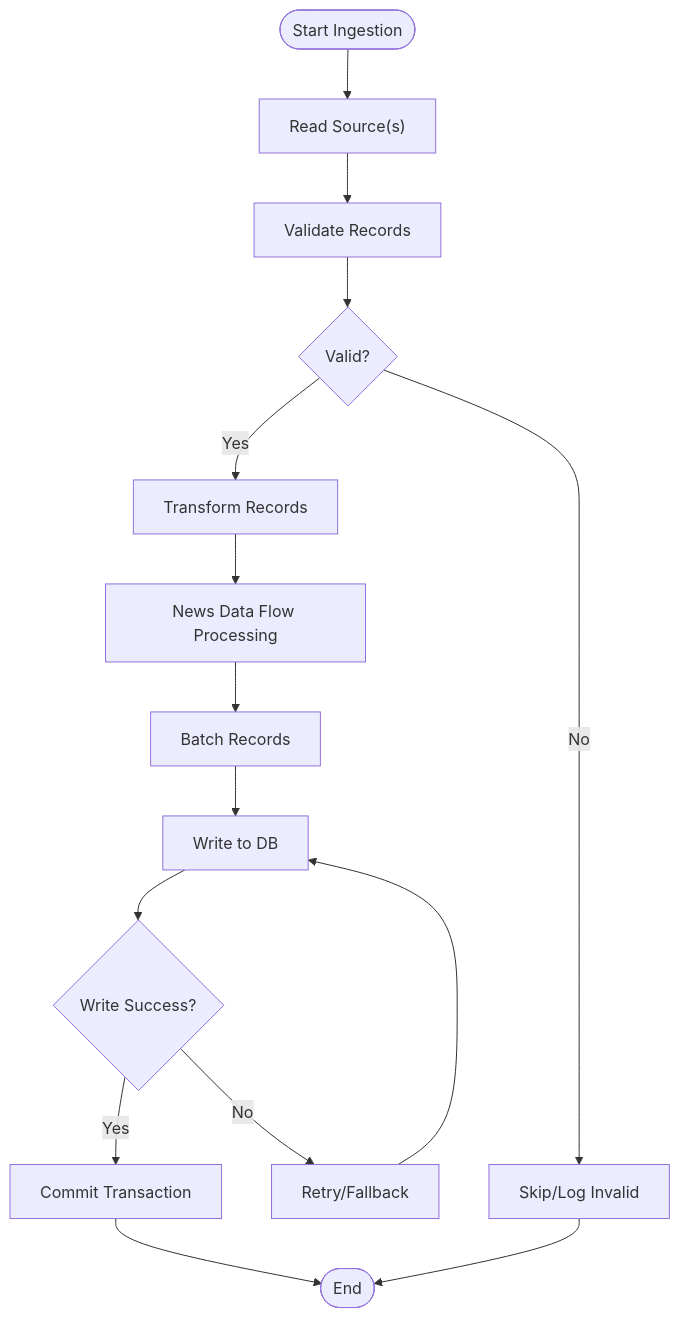
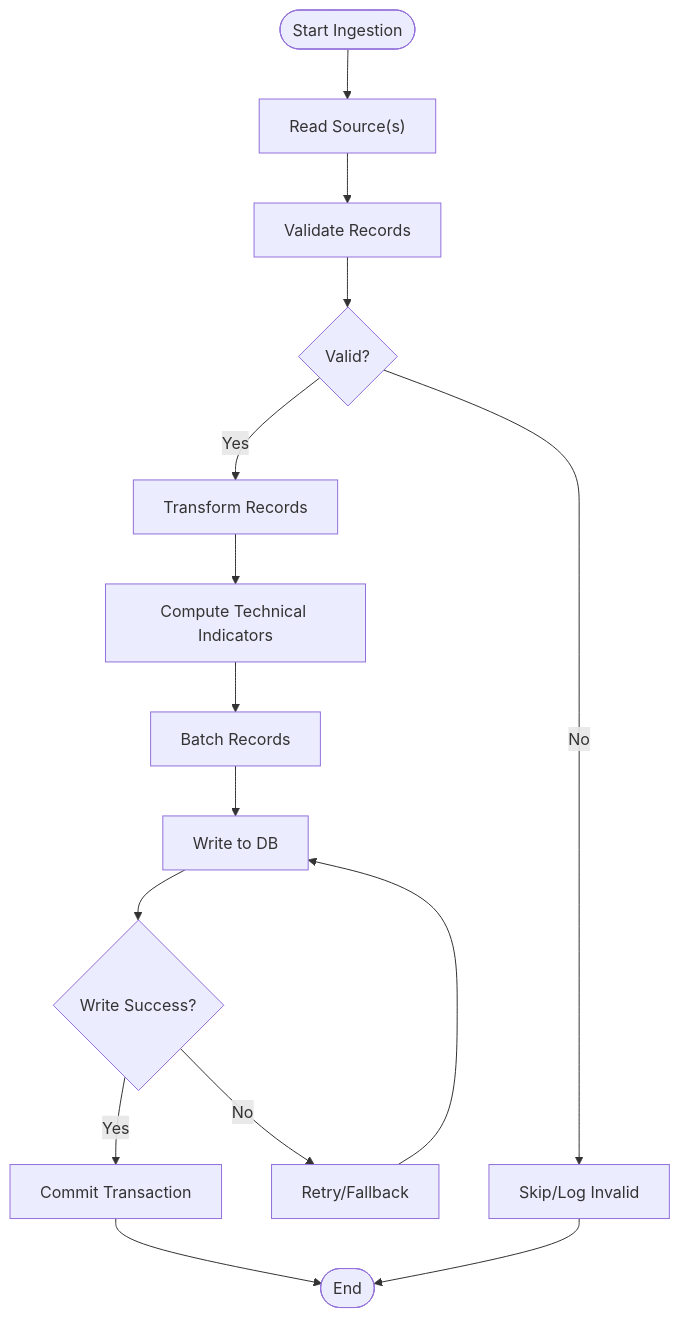
The sixth of 21 diagrams in .qoder/repowiki/en/content/Core Components/Data Engineering Module/Data Engineering Module.md (ZengSeng/telegram-bot), drawn with Mermaid before and after one commit. The commit also changed other lines of this file and 15 other files, not shown here.

````diff
--- a/.qoder/repowiki/en/content/Core Components/Data Engineering Module/Data Engineering Module.md
+++ b/.qoder/repowiki/en/content/Core Components/Data Engineering Module/Data Engineering Module.md
@@ -329,17 +444,17 @@
 ```mermaid
 flowchart TD
 Start(["Start Ingestion"]) --> ReadSource["Read Source(s)"]
 ReadSource --> Validate["Validate Records"]
 Validate --> Valid{"Valid?"}
 Valid --> |No| Skip["Skip/Log Invalid"]
 Valid --> |Yes| Transform["Transform Records"]
-Transform --> NewsFlow["News Data Flow Processing"]
-NewsFlow --> Batch["Batch Records"]
+Transform --> TechIndicators["Compute Technical Indicators"]
+TechIndicators --> Batch["Batch Records"]
 Batch --> Write["Write to DB"]
 Write --> Success{"Write Success?"}
 Success --> |No| Retry["Retry/Fallback"]
 Success --> |Yes| Commit["Commit Transaction"]
 Retry --> Write
 Commit --> End(["End"])
 Skip --> End
 ```
````
